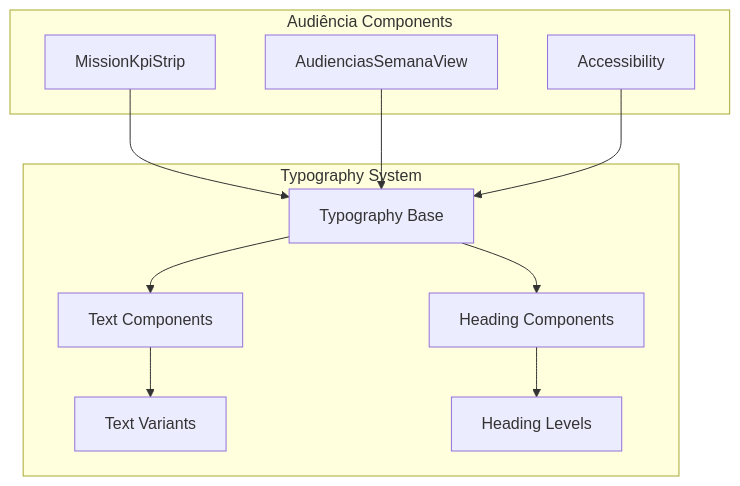
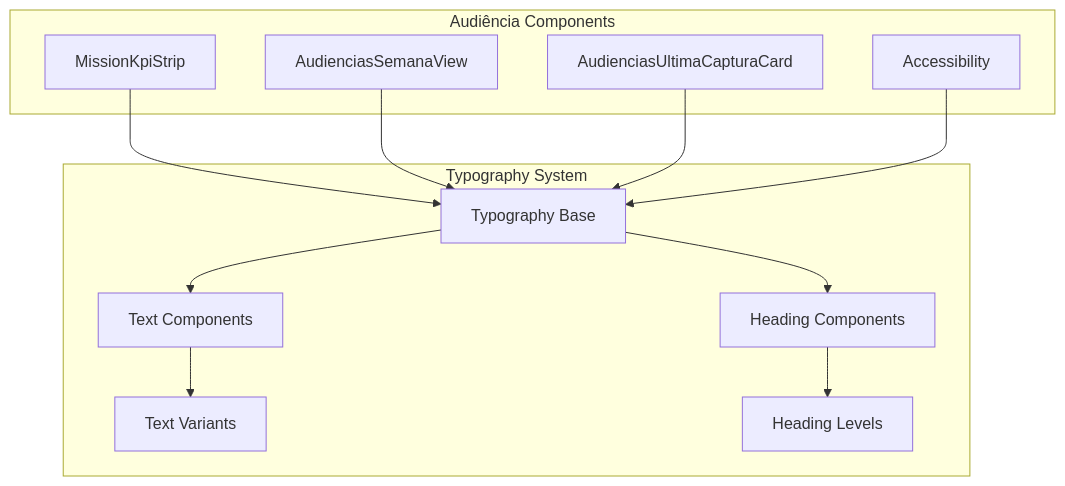
Diagram 12 of 15 in .qoder/repowiki/en/content/Audiência Management.md (SinesysTech/zattar-os), drawn with Mermaid before and after one commit. The commit also changed other lines of this file and 15 other files, not shown here.

Commit message:
chore(db): regenerar types após adicionar ultima_captura_id à view audiencias_com_origem

````diff
--- a/.qoder/repowiki/en/content/Audiência Management.md
+++ b/.qoder/repowiki/en/content/Audiência Management.md
@@ -520,22 +580,24 @@
 ```mermaid
 graph TB
 subgraph "Typography System"
 TS[Typography Base]
 H[Heading Components]
 T[Text Components]
 TV[Text Variants]
 HL[Heading Levels]
 end
 subgraph "Audiência Components"
 MK[MissionKpiStrip]
 ASV[AudienciasSemanaView]
+AC[AudienciasUltimaCapturaCard]
 AK[Accessibility]
 end
 TS --> H
 TS --> T
 T --> TV
 H --> HL
 MK --> TS
 ASV --> TS
+AC --> TS
 AK --> TS
 ```
````
